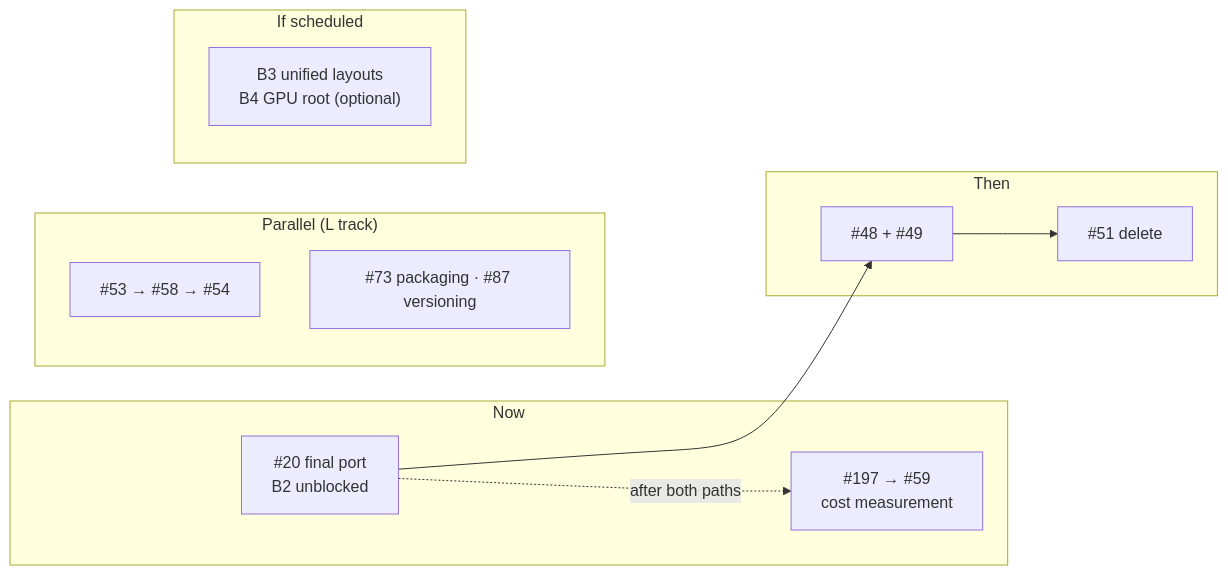
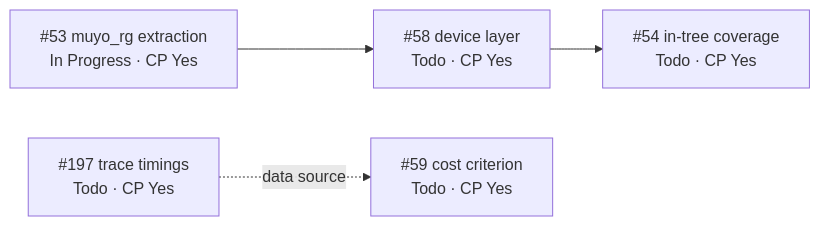
One commit to v3c70r/Muyo changed the second of 2 diagrams in docs/Roadmap-Visual.md. Above: the diagram before and after it, drawn with Mermaid. The commit also changed other lines of this file and 7 other files, not shown here.

First line of the commit message:
docs: reconcile the roadmap and board after adoption (#266)

````diff
--- a/docs/Roadmap-Visual.md
+++ b/docs/Roadmap-Visual.md
@@ -100,20 +60,10 @@
 ```mermaid
 flowchart LR
-    subgraph now["Now"]
-        N20["#20 final port<br/>B2 unblocked"]
-        N59["#197 → #59<br/>cost measurement"]
-        N20 -. after both paths .-> N59
-    end
-    subgraph then["Then"]
-        N48["#48 + #49"]
-        N51["#51 delete"]
-        N20 --> N48 --> N51
-    end
-    subgraph parallel["Parallel (L track)"]
-        L53["#53 → #58 → #54"]
-        L73["#73 packaging · #87 versioning"]
-    end
-    subgraph future["If scheduled"]
-        B34["B3 unified layouts<br/>B4 GPU root (optional)"]
-    end
+    L53["#53 muyo_rg extraction<br/>In Progress · CP Yes"]
+    L58["#58 device layer<br/>Todo · CP Yes"]
+    L54["#54 in-tree coverage<br/>Todo · CP Yes"]
+    C59["#59 cost criterion<br/>Todo · CP Yes"]
+    C197["#197 trace timings<br/>Todo · CP Yes"]
+    L53 --> L58 --> L54
+    C197 -. data source .-> C59
 ```
````
